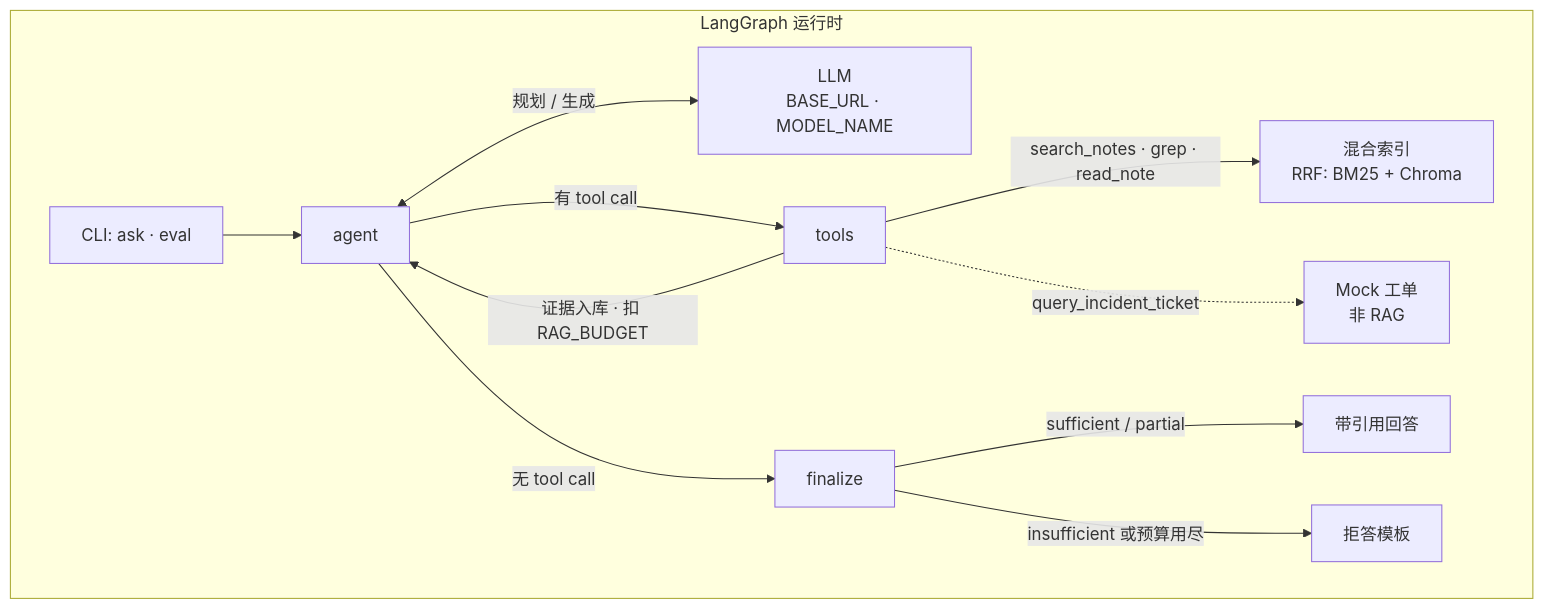
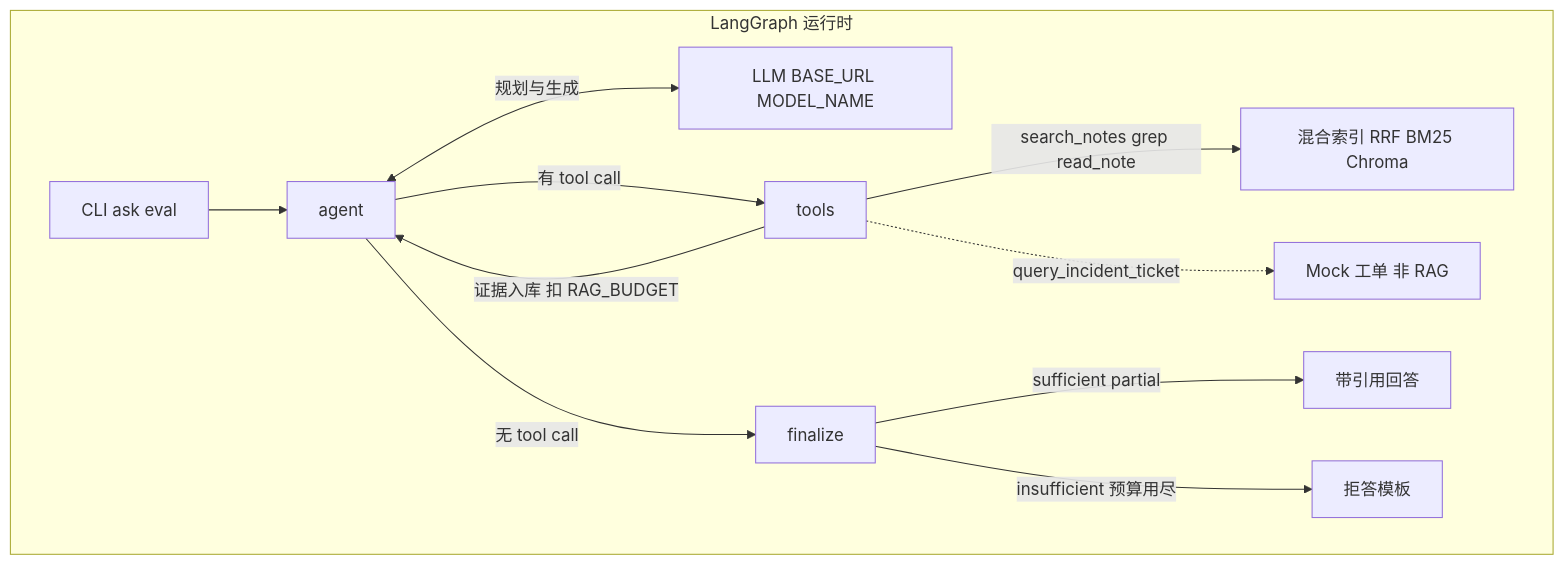
Before and after one commit to liushupeng/wiki-graph: the second of 2 diagrams in README.md, drawn with Mermaid. The commit also changed other lines of this file, not shown here.

Commit message:
docs: 修复 README Mermaid 并统一架构子图样式
避免 GitHub 无法渲染；索引与检索图增加 subgraph 背景框。

````diff
--- a/README.md
+++ b/README.md
@@ -37,21 +39,21 @@
 ```mermaid
 flowchart TB
-    subgraph runtime["LangGraph 运行时"]
-        cliOn["CLI: ask · eval"]
-        agent["agent"]
-        tools["tools"]
-        finalize["finalize"]
-        llm["LLM<br/>BASE_URL · MODEL_NAME"]
-        idx["混合索引<br/>RRF: BM25 + Chroma"]
+    subgraph runtime [LangGraph 运行时]
+        cliOn["CLI ask eval"]
+        agent[agent]
+        tools[tools]
+        finalize[finalize]
+        llm["LLM BASE_URL MODEL_NAME"]
+        idx["混合索引 RRF BM25 Chroma"]
 
         cliOn --> agent
-        agent <-->|"规划 / 生成"| llm
-        agent -->|"有 tool call"| tools
-        agent -->|"无 tool call"| finalize
-        tools -->|"search_notes · grep · read_note"| idx
-        tools -.->|"query_incident_ticket"| mock["Mock 工单<br/>非 RAG"]
-        tools -->|"证据入库 · 扣 RAG_BUDGET"| agent
-        finalize -->|"sufficient / partial"| outOk["带引用回答"]
-        finalize -->|"insufficient 或预算用尽"| outNo["拒答模板"]
+        agent <-->|规划与生成| llm
+        agent -->|有 tool call| tools
+        agent -->|无 tool call| finalize
+        tools -->|search_notes grep read_note| idx
+        tools -.->|query_incident_ticket| mock["Mock 工单 非 RAG"]
+        tools -->|证据入库 扣 RAG_BUDGET| agent
+        finalize -->|sufficient partial| outOk[带引用回答]
+        finalize -->|insufficient 预算用尽| outNo[拒答模板]
     end
 ```
````
